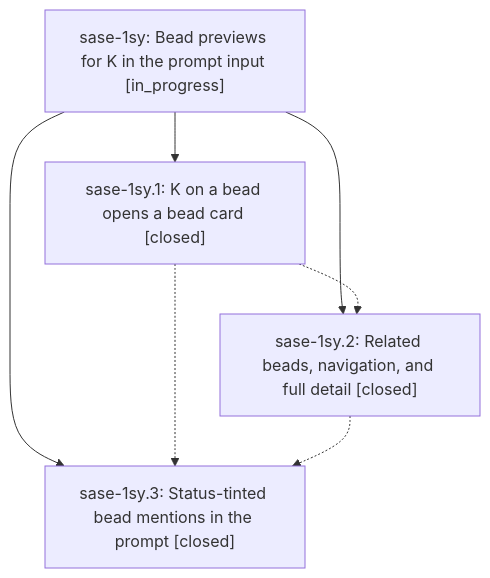
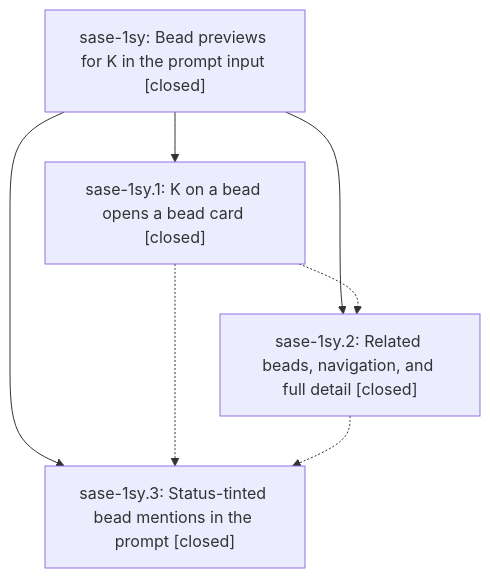
The diagram in pages/sase-1sy/README.md (sase-org/sase--beads), drawn with Mermaid before and after one commit. The commit also changed other lines of this file and 1 other file, not shown here.

First line of the commit message:
chore(beads): sync bead state and pages for sase-1sy

````diff
--- a/pages/sase-1sy/README.md
+++ b/pages/sase-1sy/README.md
@@ -38,13 +56,13 @@
 ```mermaid
 flowchart TD
-    n0["sase-1sy: Bead previews for K in the prompt input [in_progress]"]
+    n0["sase-1sy: Bead previews for K in the prompt input [closed]"]
     n1["sase-1sy.1: K on a bead opens a bead card [closed]"]
     n2["sase-1sy.2: Related beads, navigation, and full detail [closed]"]
     n3["sase-1sy.3: Status-tinted bead mentions in the prompt [closed]"]
     n0 --> n1
     n0 --> n2
     n0 --> n3
     n1 -.-> n2
     n1 -.-> n3
     n2 -.-> n3
 ```
````
